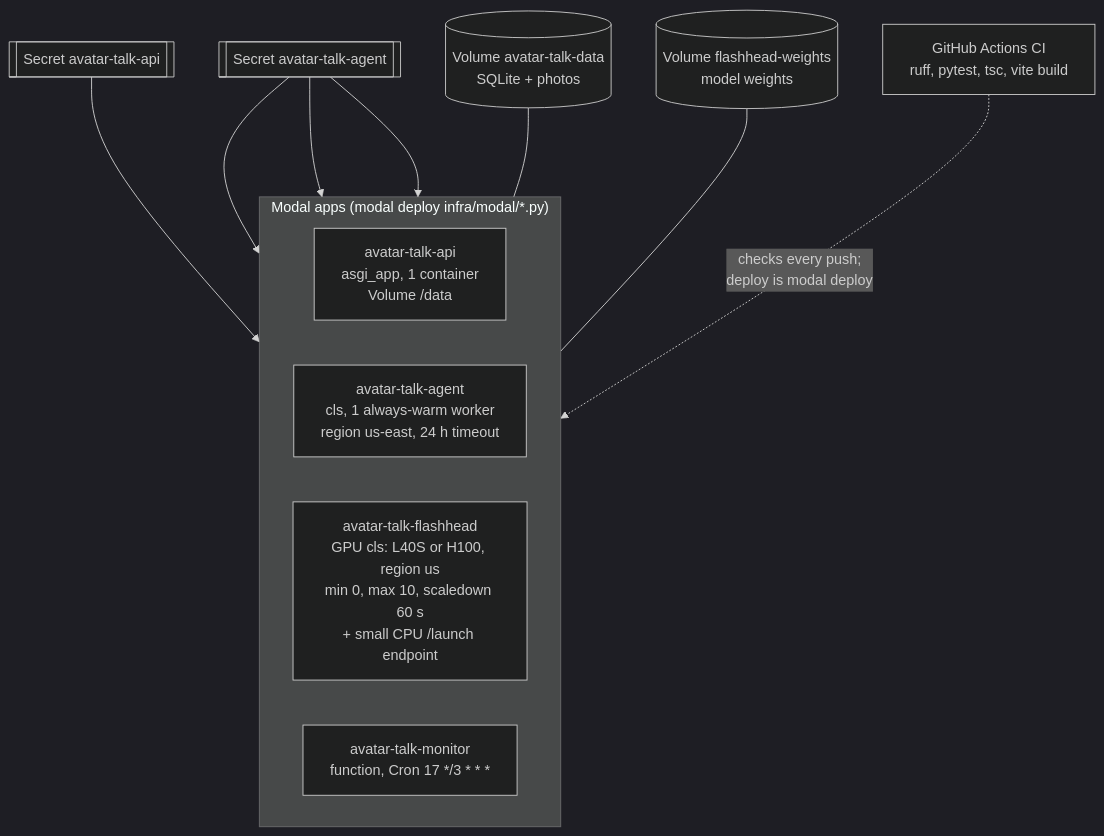
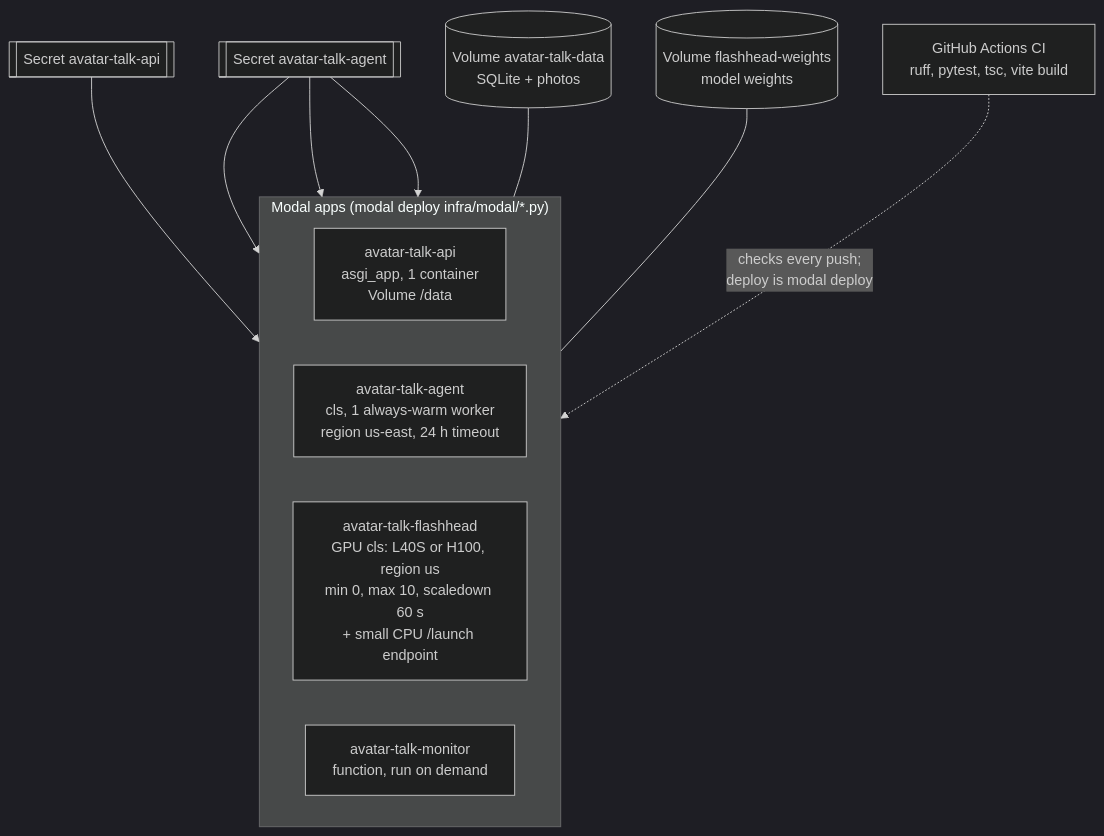
Before and after one commit to observer04/avatar-talk: the sixth of 7 diagrams in README.md, drawn with Mermaid (dark theme). The commit also changed other lines of this file and 5 other files, not shown here.

````diff
--- a/README.md
+++ b/README.md
@@ -182,15 +182,15 @@
 ```mermaid
 flowchart TB
     subgraph Apps["Modal apps (modal deploy infra/modal/*.py)"]
         direction LR
         A1["avatar-talk-api<br/>asgi_app, 1 container<br/>Volume /data"]
         A2["avatar-talk-agent<br/>cls, 1 always-warm worker<br/>region us-east, 24 h timeout"]
         A3["avatar-talk-flashhead<br/>GPU cls: L40S or H100, region us<br/>min 0, max 10, scaledown 60 s<br/>+ small CPU /launch endpoint"]
-        A4["avatar-talk-monitor<br/>function, Cron 17 */3 * * *"]
+        A4["avatar-talk-monitor<br/>function, run on demand"]
     end
     S1[["Secret avatar-talk-api"]] --> A1
     S2[["Secret avatar-talk-agent"]] --> A2 & A3 & A4
     V1[("Volume avatar-talk-data<br/>SQLite + photos")] --- A1
     V2[("Volume flashhead-weights<br/>model weights")] --- A3
     GH["GitHub Actions CI<br/>ruff, pytest, tsc, vite build"] -. "checks every push;<br/>deploy is modal deploy" .-> Apps
 ```
````
